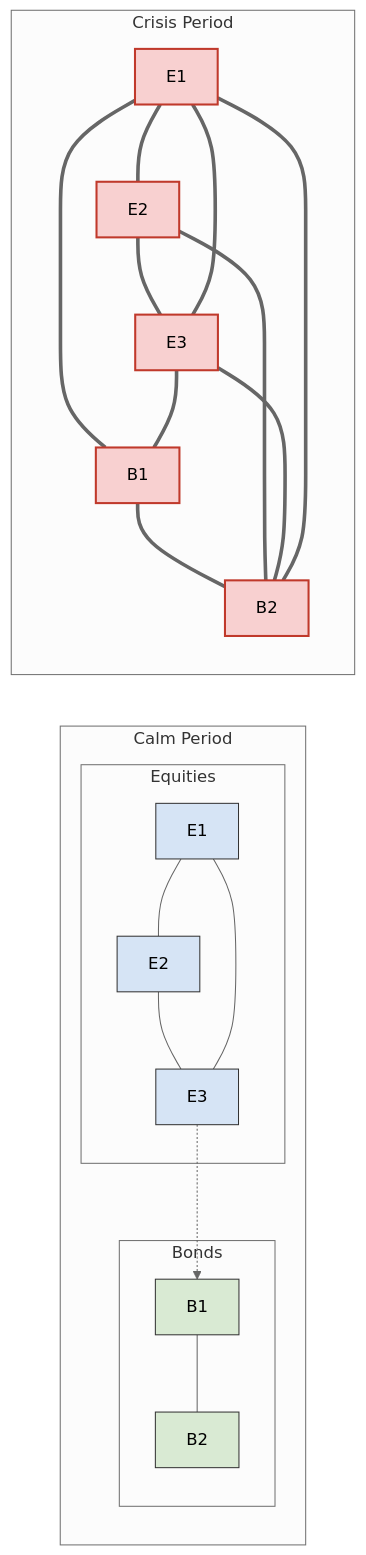
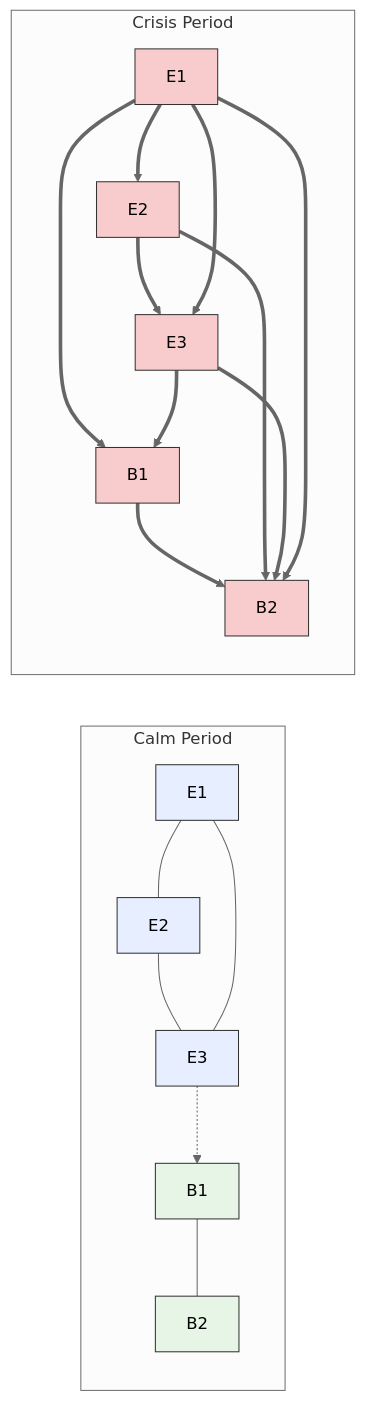
Before and after one commit to xRyann2255/ML-GS: the third of 3 diagrams in vol-learning-guide/markdown/ch15-spillovers-connectedness.md, drawn with Mermaid (neutral theme). The commit also changed other lines of this file and 19 other files, not shown here.

````diff
--- a/vol-learning-guide/markdown/ch15-spillovers-connectedness.md
+++ b/vol-learning-guide/markdown/ch15-spillovers-connectedness.md
@@ -274,45 +242,36 @@
 ```mermaid
 flowchart LR
     subgraph CALM["Calm Period"]
-        direction TB
-        subgraph CEQ["Equities"]
-            cA1["E1"]
-            cA2["E2"]
-            cA3["E3"]
-        end
-        subgraph CBO["Bonds"]
-            cB1["B1"]
-            cB2["B2"]
-        end
+        cA1["E1"]:::calmeq
+        cA2["E2"]:::calmeq
+        cA3["E3"]:::calmeq
+        cB1["B1"]:::calmbond
+        cB2["B2"]:::calmbond
         cA1 --- cA2
         cA2 --- cA3
         cA1 --- cA3
         cB1 --- cB2
         cA3 -.-> cB1
     end
 
     subgraph CRISIS["Crisis Period"]
-        direction TB
-        kA1["E1"]
-        kA2["E2"]
-        kA3["E3"]
-        kB1["B1"]
-        kB2["B2"]
-        kA1 === kA2
-        kA2 === kA3
-        kA1 === kA3
-        kB1 === kB2
-        kA1 === kB1
-        kA2 === kB2
-        kA3 === kB1
-        kA3 === kB2
-        kA1 === kB2
+        kA1["E1"]:::crisis
+        kA2["E2"]:::crisis
+        kA3["E3"]:::crisis
+        kB1["B1"]:::crisis
+        kB2["B2"]:::crisis
+        kA1 ==> kA2
+        kA2 ==> kA3
+        kA1 ==> kA3
+        kB1 ==> kB2
+        kA1 ==> kB1
+        kA2 ==> kB2
+        kA3 ==> kB1
+        kA3 ==> kB2
+        kA1 ==> kB2
     end
 
-    classDef calmEq fill:#d6e4f5,stroke:#333;
-    classDef calmBo fill:#d9ead3,stroke:#333;
-    classDef crisisN fill:#f8d0d0,stroke:#c0392b,stroke-width:2px;
-    class cA1,cA2,cA3 calmEq;
-    class cB1,cB2 calmBo;
-    class kA1,kA2,kA3,kB1,kB2 crisisN;
+    classDef calmeq fill:#e6eeff,stroke:#333;
+    classDef calmbond fill:#e6f5e6,stroke:#333;
+    classDef crisis fill:#f8cccc,stroke:#333;
 ```
````
